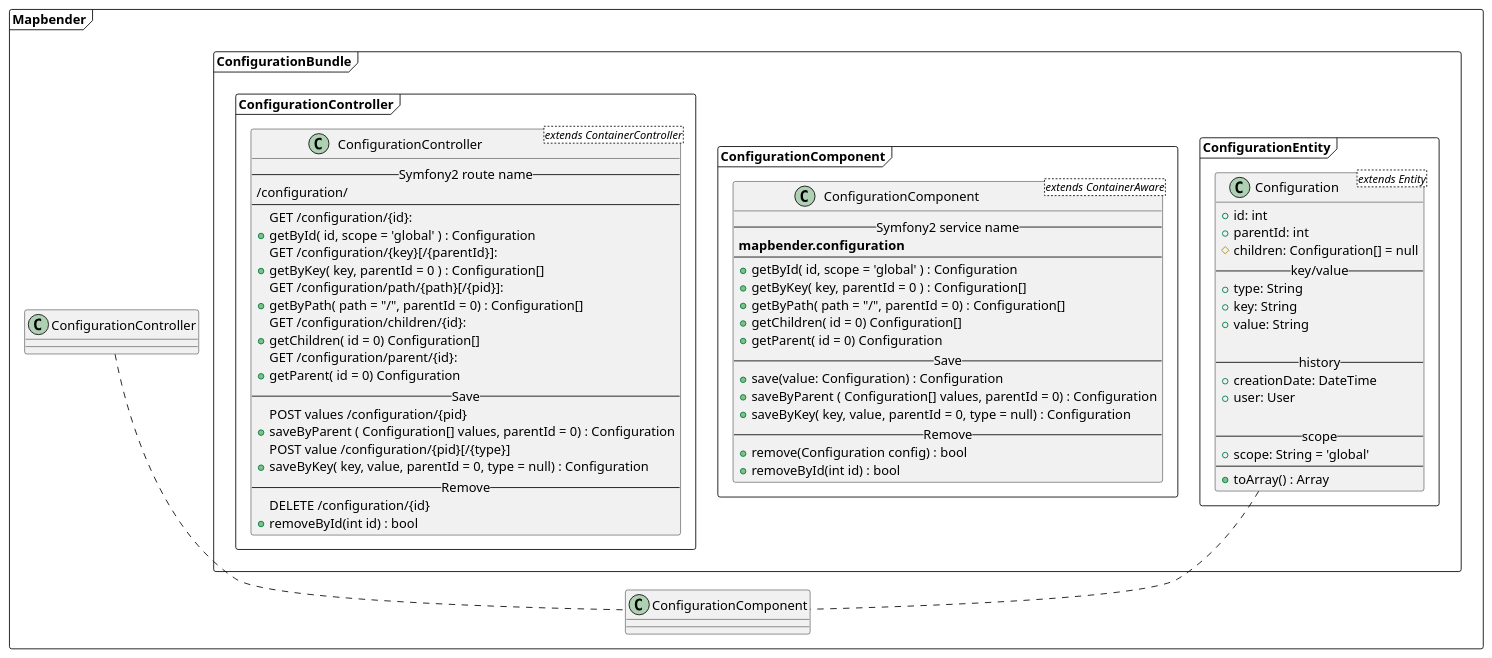
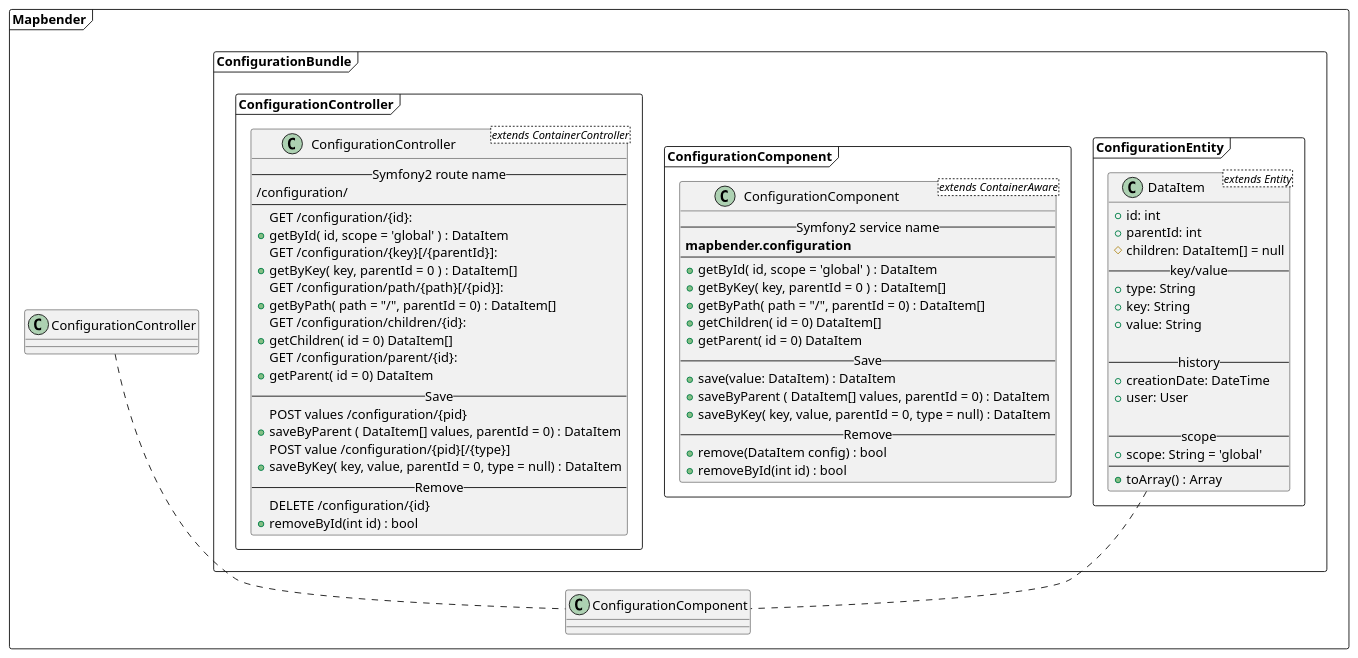
Before and after one commit to eSlider/configurator: the diagram in Documents/API.puml, drawn with PlantUML. The commit also changed 1 other file, not shown here.

Commit message:
Rename configuration entity into DataItem

```diff
--- a/Documents/API.puml
+++ b/Documents/API.puml
@@ -1,75 +1,75 @@
 @startuml
 package Mapbender <<Frame>> {
   package ConfigurationBundle <<frame>> {
     package ConfigurationEntity <<frame>> {
-      class Configuration <extends Entity> {
+      class DataItem <extends Entity> {
         + id: int
         + parentId: int
-        # children: Configuration[] = null
+        # children: DataItem[] = null
         -- key/value --
         + type: String
         + key: String
         + value: String
 
         -- history --
         + creationDate: DateTime
         + user: User
 
         -- scope --
         + scope: String = 'global'
         --
         + toArray() : Array
       }
     }
 
     package ConfigurationComponent <<frame>> {
       class ConfigurationComponent <extends ContainerAware> {
         -- Symfony2 service name --
         **mapbender.configuration**
         --
-        + getById( id, scope = 'global' ) : Configuration
-        + getByKey( key, parentId = 0 ) : Configuration[]
-        + getByPath( path = "/", parentId = 0) : Configuration[]
-        + getChildren( id = 0) Configuration[]
-        + getParent( id = 0) Configuration
+        + getById( id, scope = 'global' ) : DataItem
+        + getByKey( key, parentId = 0 ) : DataItem[]
+        + getByPath( path = "/", parentId = 0) : DataItem[]
+        + getChildren( id = 0) DataItem[]
+        + getParent( id = 0) DataItem
         -- Save --
-        + save(value: Configuration) : Configuration
-        + saveByParent ( Configuration[] values, parentId = 0) : Configuration
-        + saveByKey( key, value, parentId = 0, type = null) : Configuration
+        + save(value: DataItem) : DataItem
+        + saveByParent ( DataItem[] values, parentId = 0) : DataItem
+        + saveByKey( key, value, parentId = 0, type = null) : DataItem
         -- Remove --
-        + remove(Configuration config) : bool
+        + remove(DataItem config) : bool
         + removeById(int id) : bool
       }
     }
     package ConfigurationController <<frame>> {
       class ConfigurationController <extends ContainerController> {
         -- Symfony2 route name --
         /configuration/
         --
         GET /configuration/{id}:
-        + getById( id, scope = 'global' ) : Configuration
+        + getById( id, scope = 'global' ) : DataItem
         GET /configuration/{key}[/{parentId}]:
-        + getByKey( key, parentId = 0 ) : Configuration[]
+        + getByKey( key, parentId = 0 ) : DataItem[]
         GET /configuration/path/{path}[/{pid}]:
-        + getByPath( path = "/", parentId = 0) : Configuration[]
+        + getByPath( path = "/", parentId = 0) : DataItem[]
         GET /configuration/children/{id}:
-        + getChildren( id = 0) Configuration[]
+        + getChildren( id = 0) DataItem[]
         GET /configuration/parent/{id}:
-        + getParent( id = 0) Configuration
+        + getParent( id = 0) DataItem
         -- Save --
         POST values /configuration/{pid}
-        + saveByParent ( Configuration[] values, parentId = 0) : Configuration
+        + saveByParent ( DataItem[] values, parentId = 0) : DataItem
         POST value /configuration/{pid}[/{type}]
-        + saveByKey( key, value, parentId = 0, type = null) : Configuration
+        + saveByKey( key, value, parentId = 0, type = null) : DataItem
         -- Remove --
         DELETE /configuration/{id}
         + removeById(int id) : bool
       }
     }
   }
 
-  Configuration .. ConfigurationComponent
+  DataItem .. ConfigurationComponent
   ConfigurationController .. ConfigurationComponent
 }
 
 @enduml
```
